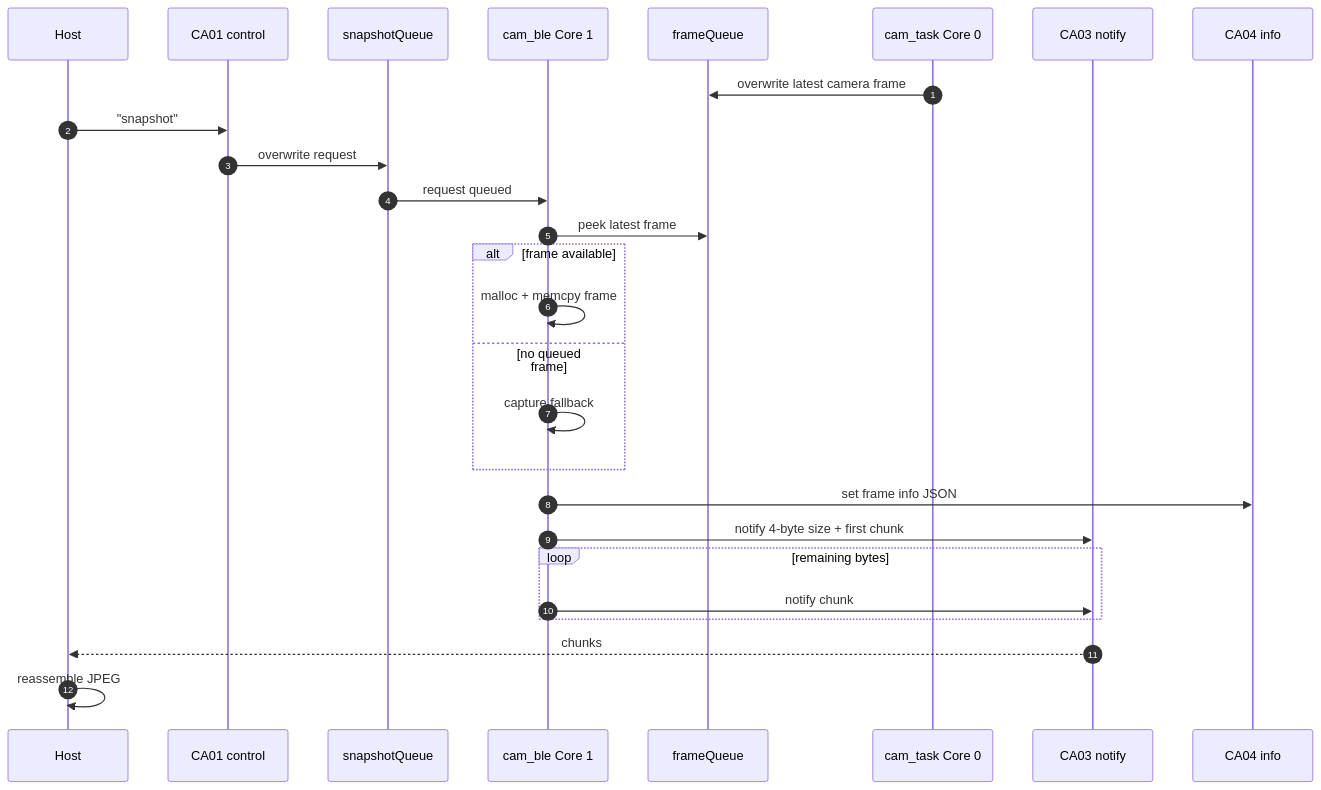
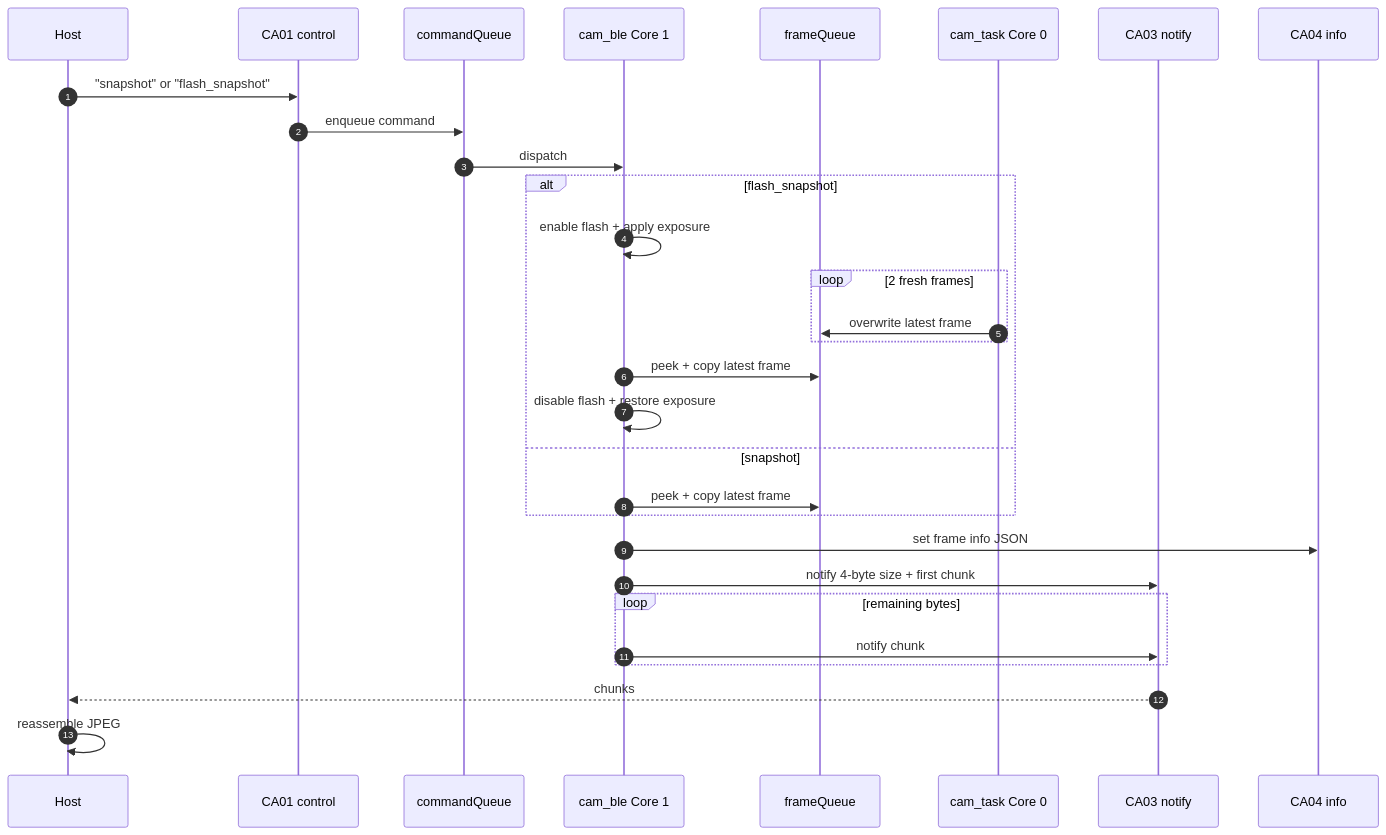
The seventh of 10 diagrams in firmware/ARCHITECTURE.md (myndfire/Robotics), drawn with Mermaid before and after one commit. The commit also changed other lines of this file and 36 other files, not shown here.

````diff
--- a/firmware/ARCHITECTURE.md
+++ b/firmware/ARCHITECTURE.md
@@ -404,30 +407,33 @@
 ```mermaid
 sequenceDiagram
     autonumber
     participant Host
     participant CA01 as CA01 control
-    participant SQ as snapshotQueue
+    participant SQ as commandQueue
     participant BT as cam_ble Core 1
     participant FQ as frameQueue
     participant CT as cam_task Core 0
     participant CA03 as CA03 notify
     participant CA04 as CA04 info
 
-    CT->>FQ: overwrite latest camera frame
-    Host->>CA01: "snapshot"
-    CA01->>SQ: overwrite request
-    SQ->>BT: request queued
-    BT->>FQ: peek latest frame
-    alt frame available
-        BT->>BT: malloc + memcpy frame
-    else no queued frame
-        BT->>BT: capture fallback
+    Host->>CA01: "snapshot" or "flash_snapshot"
+    CA01->>SQ: enqueue command
+    SQ->>BT: dispatch
+    alt flash_snapshot
+        BT->>BT: enable flash + apply exposure
+        loop 2 fresh frames
+            CT->>FQ: overwrite latest frame
+        end
+        BT->>FQ: peek + copy latest frame
+        BT->>BT: disable flash + restore exposure
+    else snapshot
+        BT->>FQ: peek + copy latest frame
     end
     BT->>CA04: set frame info JSON
     BT->>CA03: notify 4-byte size + first chunk
     loop remaining bytes
         BT->>CA03: notify chunk
     end
     CA03-->>Host: chunks
     Host->>Host: reassemble JPEG
 ```
````
